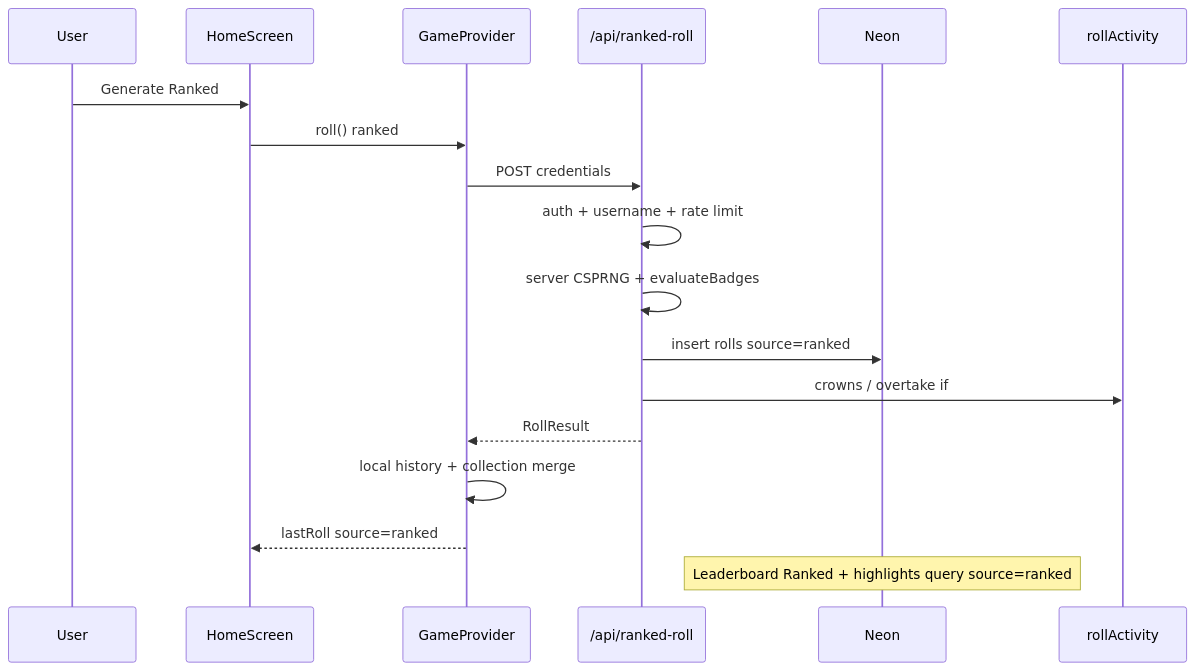
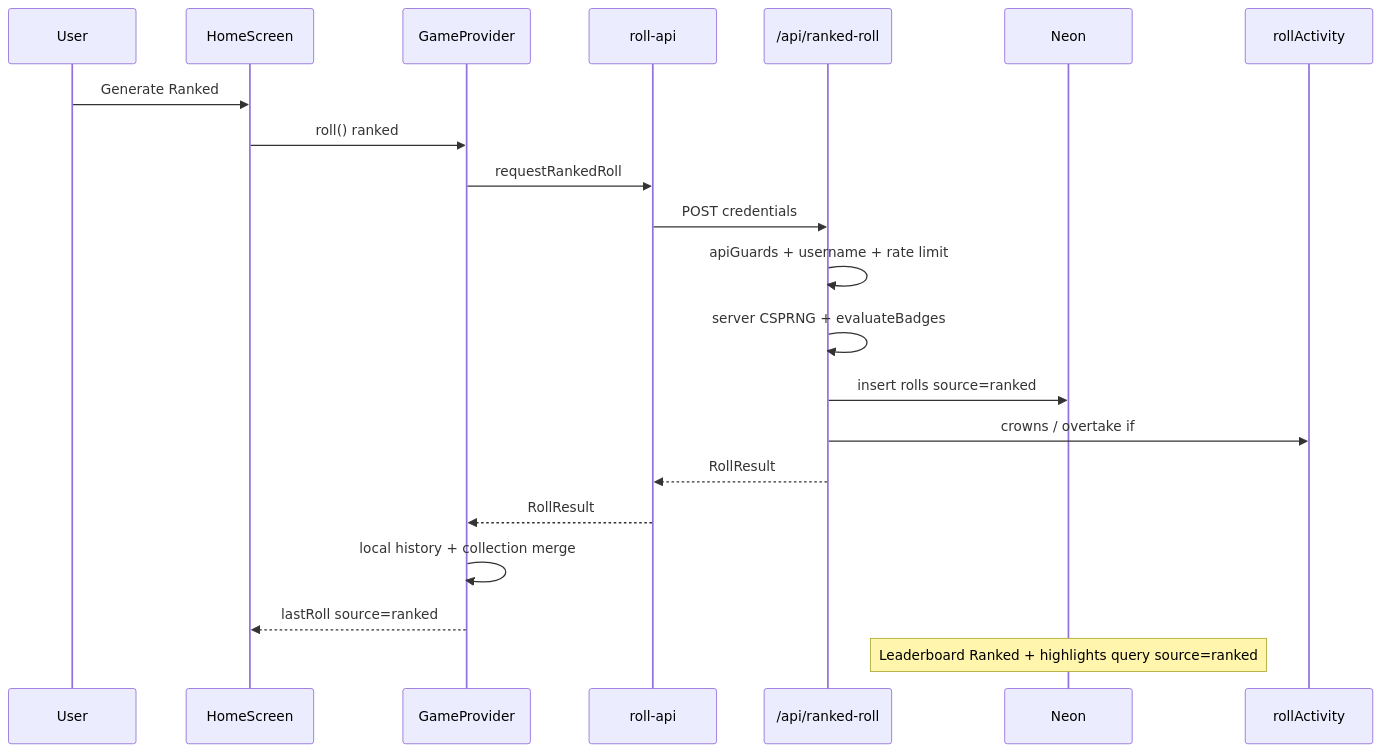
One commit to jondmarien/rngdle-unlocked changed the third of 6 diagrams in docs/ARCHITECTURE.md. Above: the diagram before and after it, drawn with Mermaid. The commit also changed other lines of this file and 2 other files, not shown here.

Commit message:
docs: sync ARCHITECTURE, oauth notes, opus report, and refactor notes

````diff
--- a/docs/ARCHITECTURE.md
+++ b/docs/ARCHITECTURE.md
@@ -72,21 +85,24 @@
 ```mermaid
 sequenceDiagram
   participant U as User
   participant H as HomeScreen
   participant G as GameProvider
+  participant RollApi as roll-api
   participant R as /api/ranked-roll
   participant DB as Neon
   participant A as rollActivity
 
   U->>H: Generate Ranked
   H->>G: roll() ranked
-  G->>R: POST credentials
-  R->>R: auth + username + rate limit
+  G->>RollApi: requestRankedRoll
+  RollApi->>R: POST credentials
+  R->>R: apiGuards + username + rate limit
   R->>R: server CSPRNG + evaluateBadges
   R->>DB: insert rolls source=ranked
   R->>A: crowns / overtake if #1
-  R-->>G: RollResult
+  R-->>RollApi: RollResult
+  RollApi-->>G: RollResult
   G->>G: local history + collection merge
   G-->>H: lastRoll source=ranked
   Note over DB: Leaderboard Ranked + highlights query source=ranked
 ```
````
